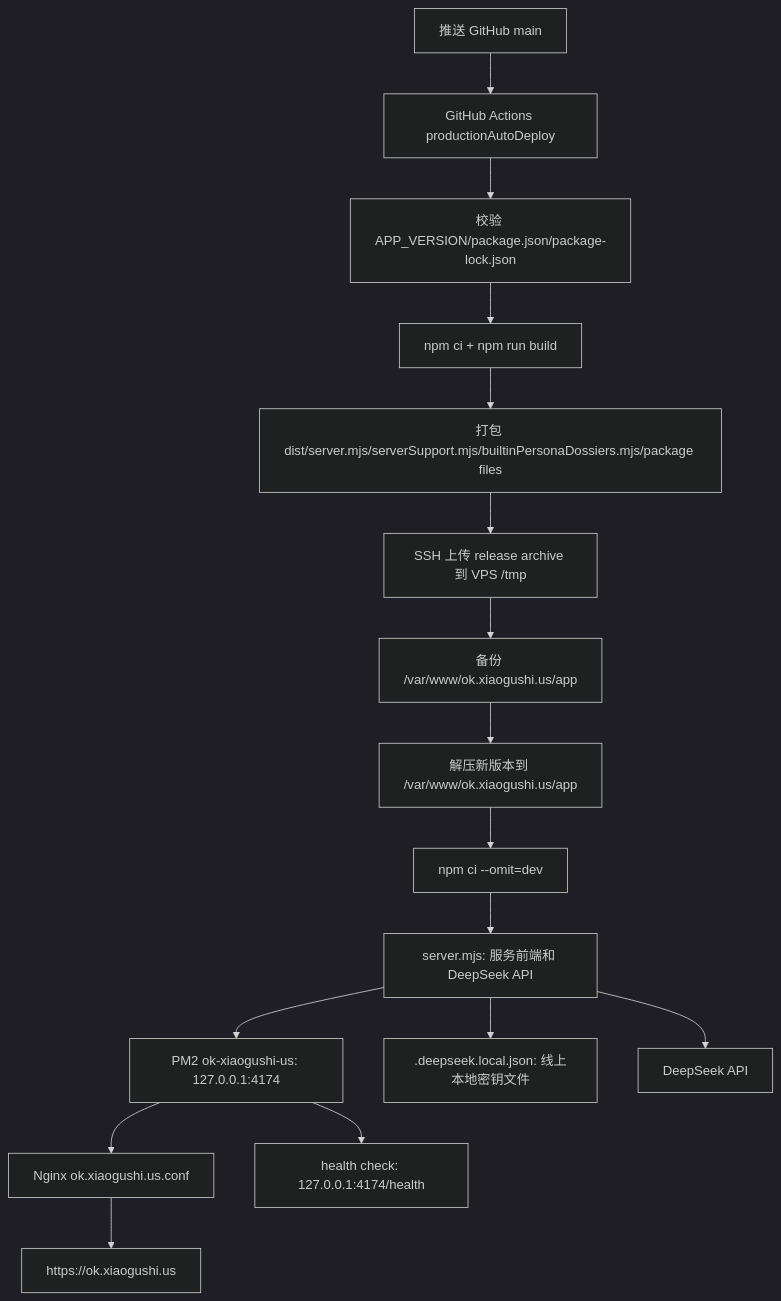
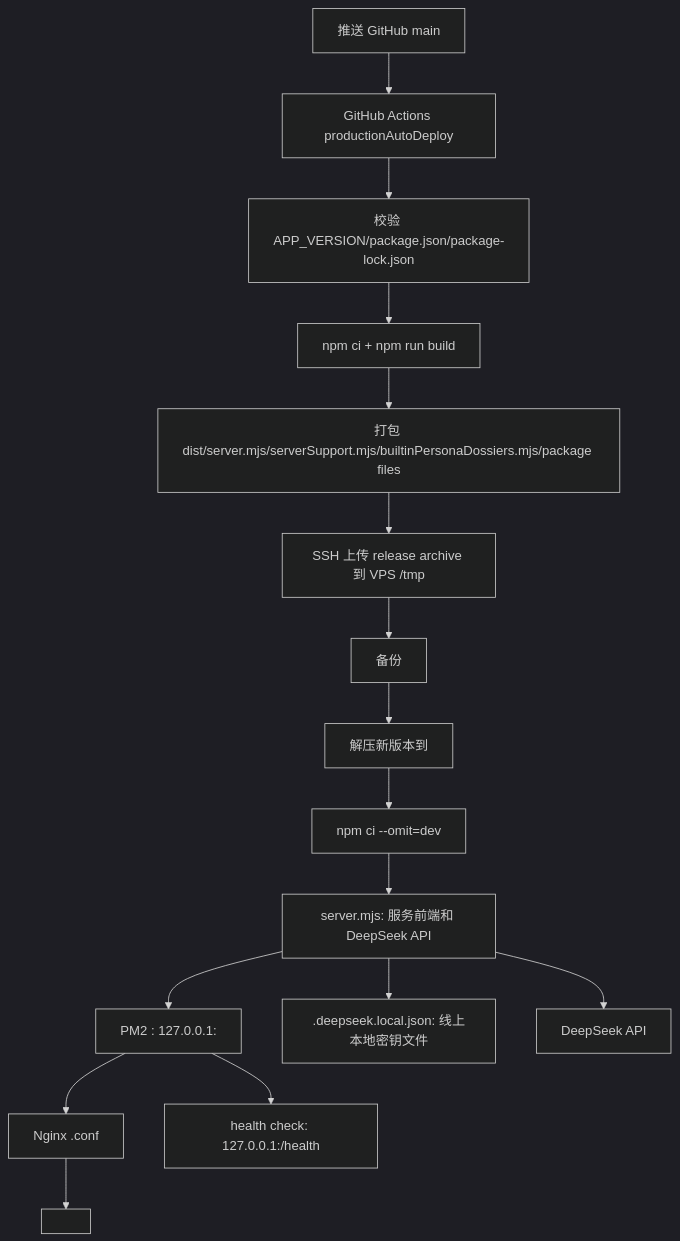
The third of 30 diagrams in docs/SYSTEM_FLOW.md (ttmanthatman/virtual-human-flow), drawn with Mermaid (dark theme) before and after one commit. The commit also changed other lines of this file and 8 other files, not shown here.

````diff
--- a/docs/SYSTEM_FLOW.md
+++ b/docs/SYSTEM_FLOW.md
@@ -78,18 +78,18 @@
 ```mermaid
 flowchart TD
     G[推送 GitHub main] --> GA[GitHub Actions productionAutoDeploy]
     GA --> VERSION[校验 APP_VERSION/package.json/package-lock.json]
     VERSION --> BUILD[npm ci + npm run build]
     BUILD --> PKG[打包 dist/server.mjs/serverSupport.mjs/builtinPersonaDossiers.mjs/package files]
     PKG --> UPLOAD[SSH 上传 release archive 到 VPS /tmp]
-    UPLOAD --> BACKUP[备份 /var/www/ok.xiaogushi.us/app]
-    BACKUP --> EXTRACT[解压新版本到 /var/www/ok.xiaogushi.us/app]
+    UPLOAD --> BACKUP[备份 <production-app-dir>]
+    BACKUP --> EXTRACT[解压新版本到 <production-app-dir>]
     EXTRACT --> INSTALL[npm ci --omit=dev]
     INSTALL --> SRV[server.mjs: 服务前端和 DeepSeek API]
-    SRV --> PM2[PM2 ok-xiaogushi-us: 127.0.0.1:4174]
-    PM2 --> NGINX[Nginx ok.xiaogushi.us.conf]
-    NGINX --> SITE[https://ok.xiaogushi.us]
+    SRV --> PM2[PM2 <production-pm2-name>: 127.0.0.1:<production-port>]
+    PM2 --> NGINX[Nginx <production-domain>.conf]
+    NGINX --> SITE[<production-url>]
     SRV --> KEY[.deepseek.local.json: 线上本地密钥文件]
     SRV --> DS[DeepSeek API]
-    PM2 --> HEALTH[health check: 127.0.0.1:4174/health]
+    PM2 --> HEALTH[health check: 127.0.0.1:<production-port>/health]
 ```
````
